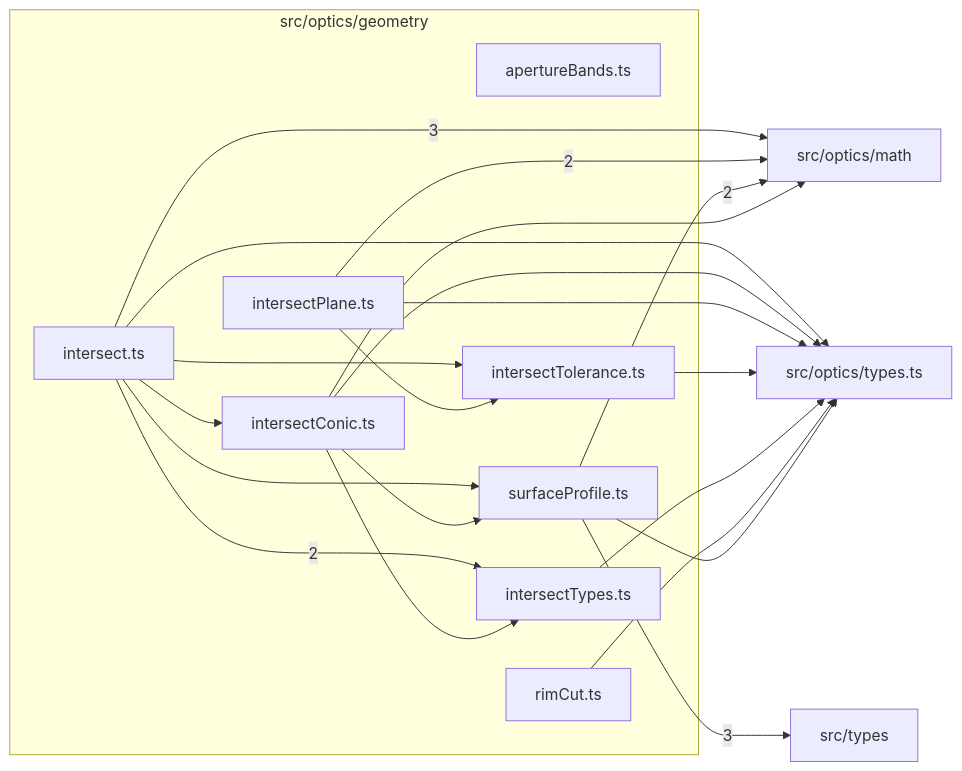
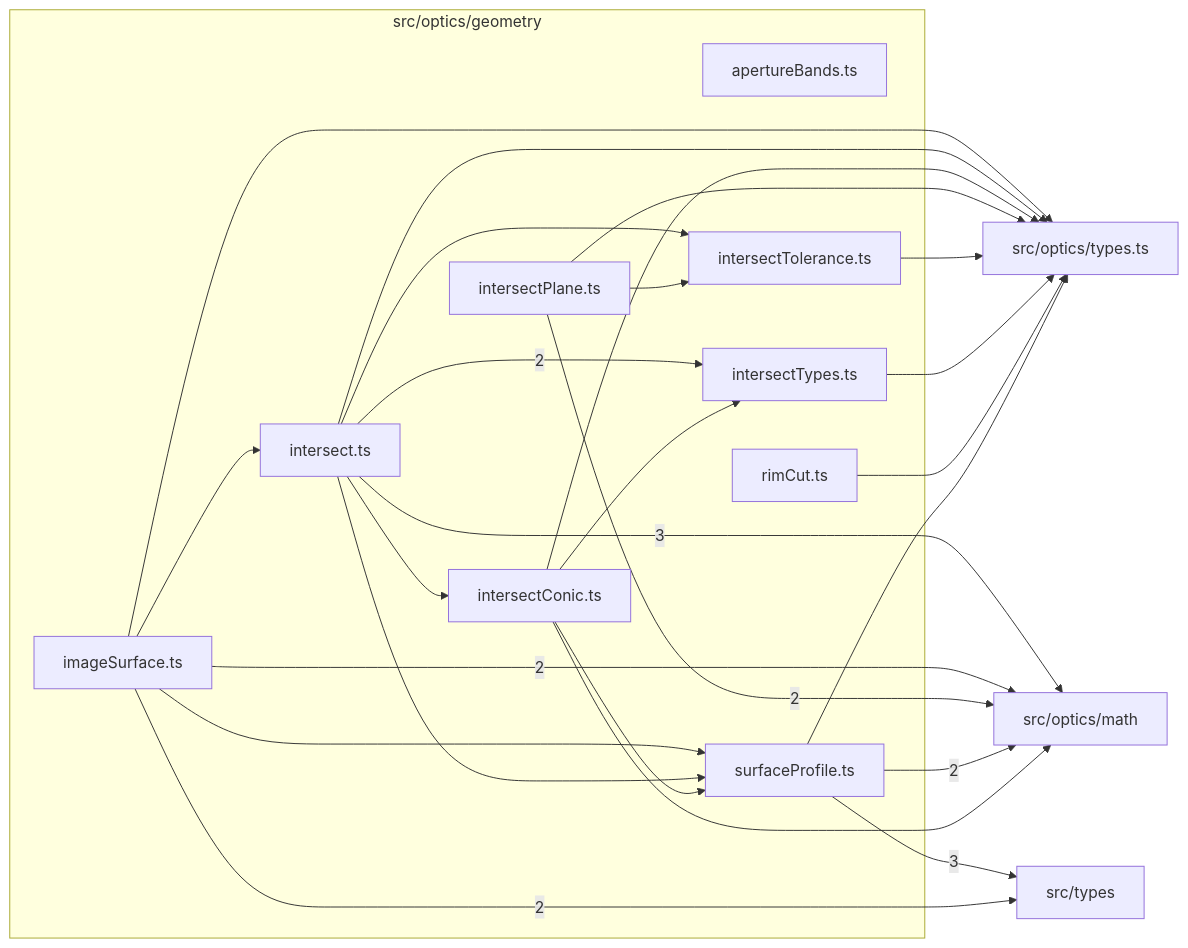
One commit to ronbuening/LensVisualizer changed the diagram in src/optics/geometry/readme.md. Above: the diagram before and after it, drawn with Mermaid. The commit also changed other lines of this file and 144 other files, not shown here.

````diff
--- a/src/optics/geometry/readme.md
+++ b/src/optics/geometry/readme.md
@@ -9,35 +9,41 @@
 ```mermaid
 flowchart LR
   subgraph n_src_optics_geometry["src/optics/geometry"]
     n_src_optics_geometry_src_optics_geometry_apertureBands_ts["apertureBands.ts"]
+    n_src_optics_geometry_src_optics_geometry_imageSurface_ts["imageSurface.ts"]
     n_src_optics_geometry_src_optics_geometry_intersect_ts["intersect.ts"]
     n_src_optics_geometry_src_optics_geometry_intersectConic_ts["intersectConic.ts"]
     n_src_optics_geometry_src_optics_geometry_intersectPlane_ts["intersectPlane.ts"]
     n_src_optics_geometry_src_optics_geometry_intersectTolerance_ts["intersectTolerance.ts"]
     n_src_optics_geometry_src_optics_geometry_intersectTypes_ts["intersectTypes.ts"]
     n_src_optics_geometry_src_optics_geometry_rimCut_ts["rimCut.ts"]
     n_src_optics_geometry_src_optics_geometry_surfaceProfile_ts["surfaceProfile.ts"]
   end
   n_external_src_optics_math["src/optics/math"]
   n_external_src_types["src/types"]
   n_external_src_optics_types_ts["src/optics/types.ts"]
   n_src_optics_geometry_src_optics_geometry_intersect_ts --> |3| n_external_src_optics_math
   n_src_optics_geometry_src_optics_geometry_surfaceProfile_ts --> |3| n_external_src_types
+  n_src_optics_geometry_src_optics_geometry_imageSurface_ts --> |2| n_external_src_optics_math
   n_src_optics_geometry_src_optics_geometry_intersectPlane_ts --> |2| n_external_src_optics_math
   n_src_optics_geometry_src_optics_geometry_surfaceProfile_ts --> |2| n_external_src_optics_math
+  n_src_optics_geometry_src_optics_geometry_imageSurface_ts --> |2| n_external_src_types
   n_src_optics_geometry_src_optics_geometry_intersect_ts --> |2| n_src_optics_geometry_src_optics_geometry_intersectTypes_ts
   n_src_optics_geometry_src_optics_geometry_intersectConic_ts --> n_external_src_optics_math
+  n_src_optics_geometry_src_optics_geometry_imageSurface_ts --> n_external_src_optics_types_ts
   n_src_optics_geometry_src_optics_geometry_intersect_ts --> n_external_src_optics_types_ts
   n_src_optics_geometry_src_optics_geometry_intersectConic_ts --> n_external_src_optics_types_ts
   n_src_optics_geometry_src_optics_geometry_intersectPlane_ts --> n_external_src_optics_types_ts
   n_src_optics_geometry_src_optics_geometry_intersectTolerance_ts --> n_external_src_optics_types_ts
   n_src_optics_geometry_src_optics_geometry_intersectTypes_ts --> n_external_src_optics_types_ts
   n_src_optics_geometry_src_optics_geometry_rimCut_ts --> n_external_src_optics_types_ts
   n_src_optics_geometry_src_optics_geometry_surfaceProfile_ts --> n_external_src_optics_types_ts
+  n_src_optics_geometry_src_optics_geometry_imageSurface_ts --> n_src_optics_geometry_src_optics_geometry_intersect_ts
   n_src_optics_geometry_src_optics_geometry_intersect_ts --> n_src_optics_geometry_src_optics_geometry_intersectConic_ts
   n_src_optics_geometry_src_optics_geometry_intersect_ts --> n_src_optics_geometry_src_optics_geometry_intersectTolerance_ts
   n_src_optics_geometry_src_optics_geometry_intersectPlane_ts --> n_src_optics_geometry_src_optics_geometry_intersectTolerance_ts
   n_src_optics_geometry_src_optics_geometry_intersectConic_ts --> n_src_optics_geometry_src_optics_geometry_intersectTypes_ts
+  n_src_optics_geometry_src_optics_geometry_imageSurface_ts --> n_src_optics_geometry_src_optics_geometry_surfaceProfile_ts
   n_src_optics_geometry_src_optics_geometry_intersect_ts --> n_src_optics_geometry_src_optics_geometry_surfaceProfile_ts
   n_src_optics_geometry_src_optics_geometry_intersectConic_ts --> n_src_optics_geometry_src_optics_geometry_surfaceProfile_ts
 ```
````
